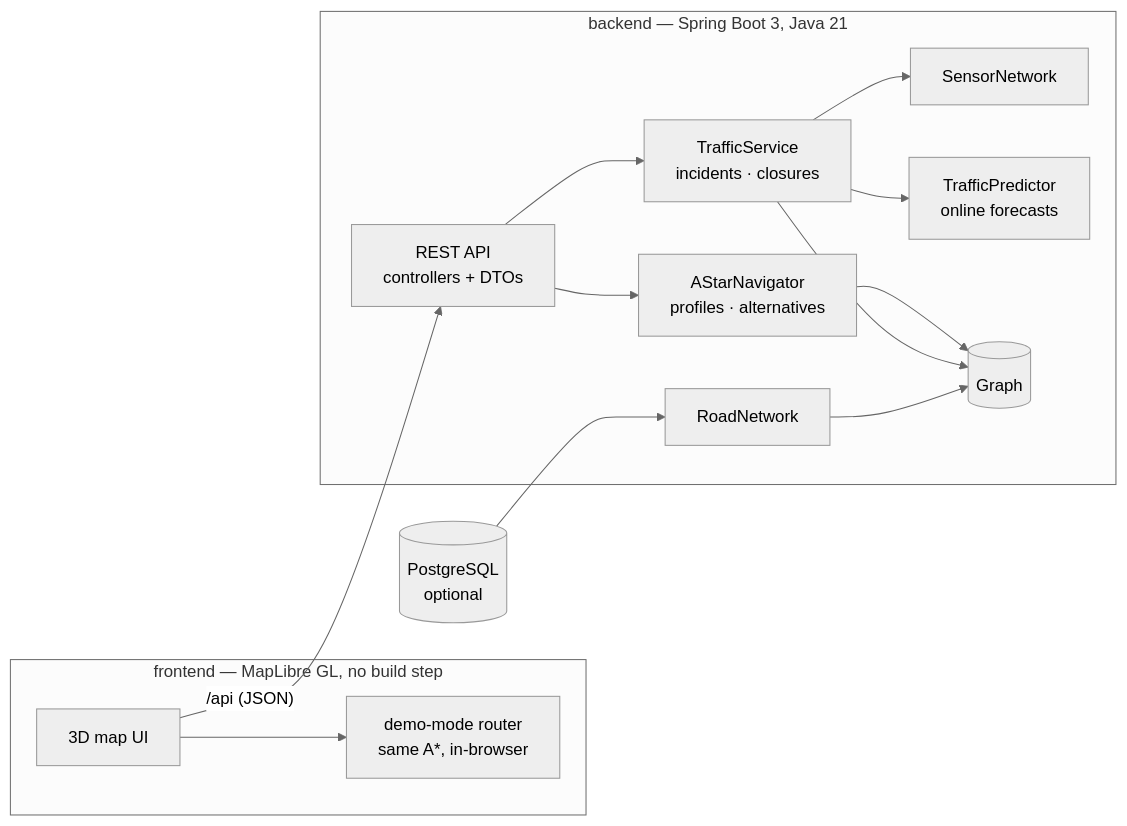
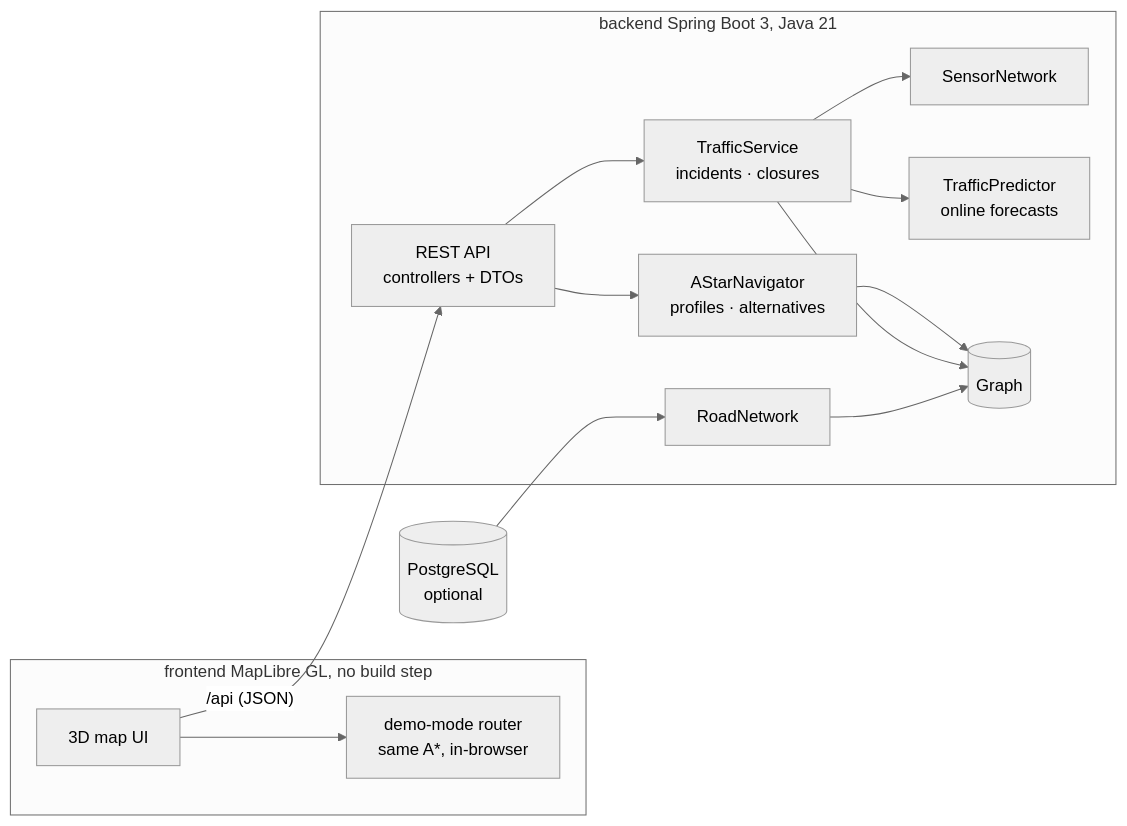
The diagram in README.md (code-with-harish/Map-Navigator), drawn with Mermaid (neutral theme) before and after one commit. The commit also changed other lines of this file, not shown here.

````diff
--- a/README.md
+++ b/README.md
@@ -9,17 +9,17 @@
 ```mermaid
 flowchart LR
-    subgraph Frontend [frontend — MapLibre GL, no build step]
+    subgraph Frontend [frontend MapLibre GL, no build step]
         UI[3D map UI] --> DEMO[demo-mode router\nsame A*, in-browser]
     end
-    subgraph Backend [backend — Spring Boot 3, Java 21]
+    subgraph Backend [backend Spring Boot 3, Java 21]
         API[REST API\ncontrollers + DTOs] --> NAV[AStarNavigator\nprofiles · alternatives]
         API --> TS[TrafficService\nincidents · closures]
         TS --> SN[SensorNetwork]
         TS --> TP[TrafficPredictor\nonline forecasts]
         NAV --> G[(Graph)]
         TS --> G
         RN[RoadNetwork] --> G
     end
     UI -- "/api (JSON)" --> API
     PG[(PostgreSQL\noptional)] --> RN
 ```
````
